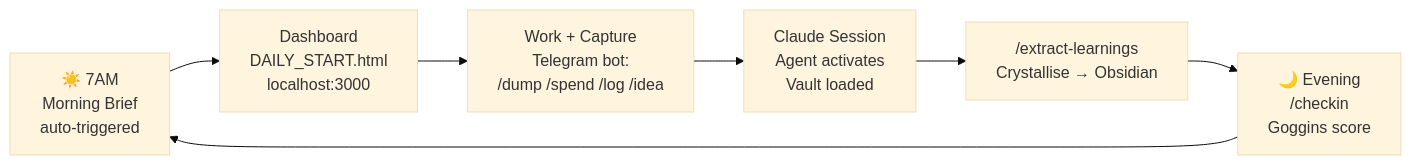
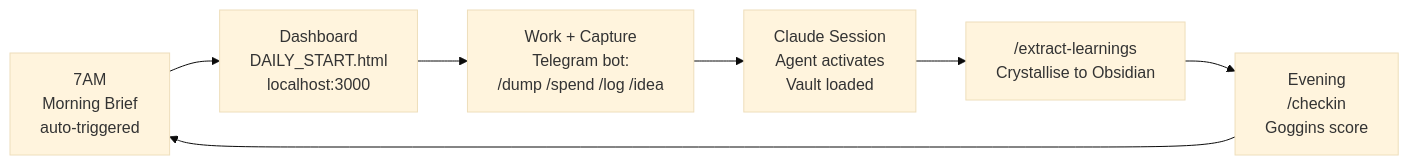
Before and after one commit to vm799/VAF-V-AGENTFORCE: the third of 3 diagrams in README.md, drawn with Mermaid (base theme). The commit also changed other lines of this file and 213 other files, not shown here.

````diff
--- a/README.md
+++ b/README.md
@@ -101,9 +88,9 @@
 ```mermaid
 graph LR
-    A["☀️ 7AM\nMorning Brief\nauto-triggered"] --> B["Dashboard\nDAILY_START.html\nlocalhost:3000"]
+    A["7AM\nMorning Brief\nauto-triggered"] --> B["Dashboard\nDAILY_START.html\nlocalhost:3000"]
     B --> C["Work + Capture\nTelegram bot:\n/dump /spend /log /idea"]
     C --> D["Claude Session\nAgent activates\nVault loaded"]
-    D --> E["/extract-learnings\nCrystallise → Obsidian"]
-    E --> F["🌙 Evening\n/checkin\nGoggins score"]
+    D --> E["/extract-learnings\nCrystallise to Obsidian"]
+    E --> F["Evening\n/checkin\nGoggins score"]
     F --> A
 ```
````
